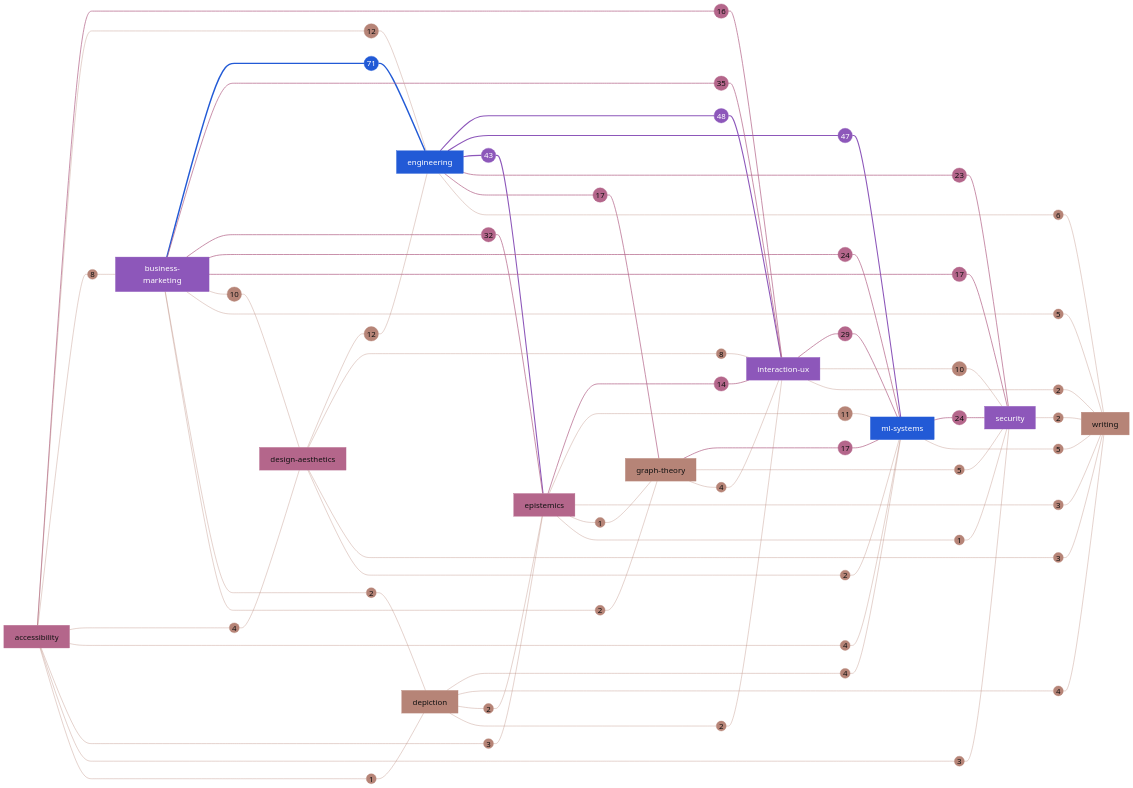
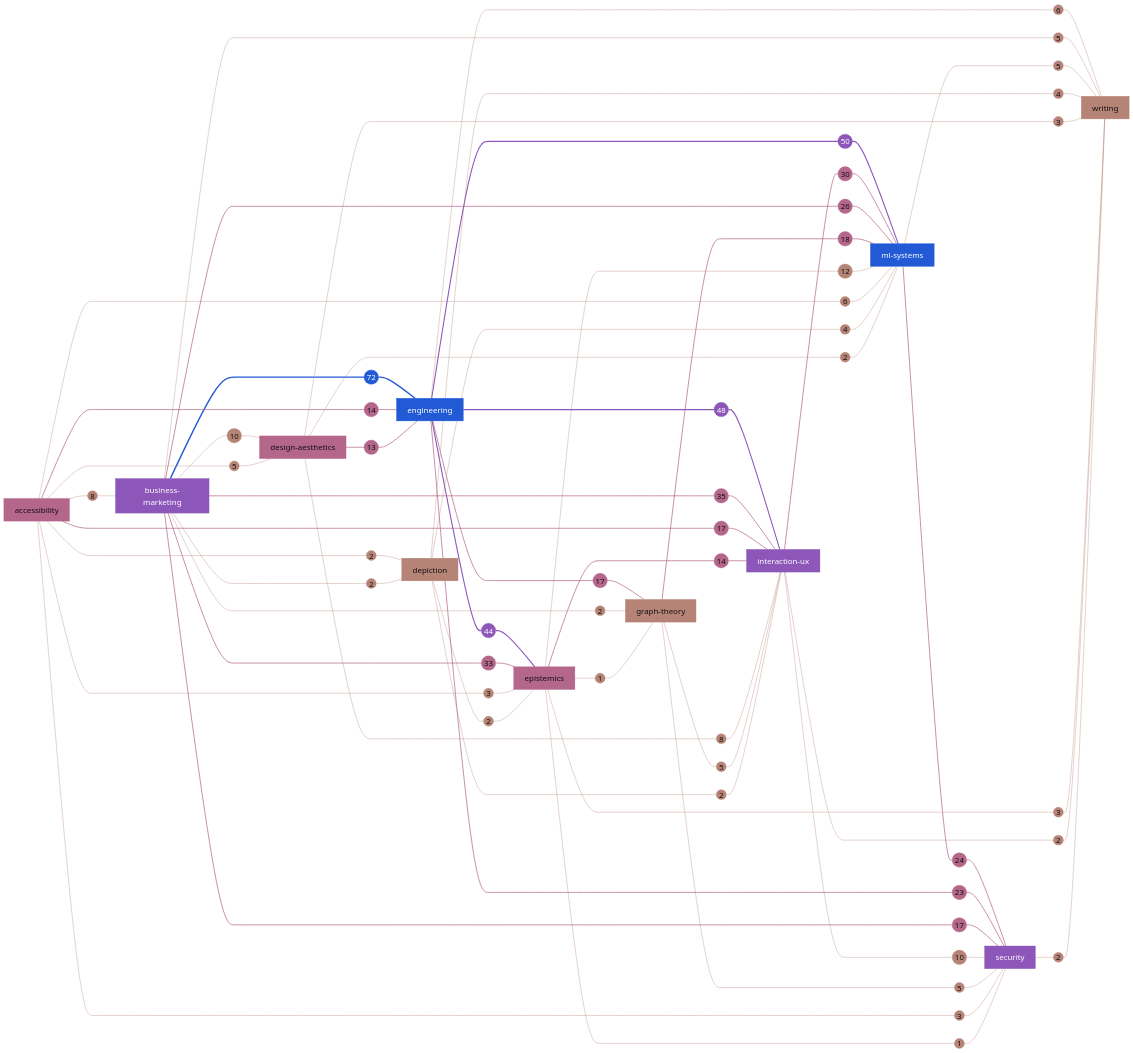
The first of 2 diagrams in GRAPH.md (darce/heuristics-canon), drawn with Mermaid before and after one commit. The commit also changed other lines of this file and 18 other files, not shown here.

````diff
--- a/GRAPH.md
+++ b/GRAPH.md
@@ -35,41 +35,41 @@
   ml_systems["ml-systems"]
   security["security"]
   writing["writing"]
-  business_marketing --- W_business_marketing__engineering((71))
+  business_marketing --- W_business_marketing__engineering((72))
   W_business_marketing__engineering --- engineering
+  engineering --- W_engineering__ml_systems((50))
+  W_engineering__ml_systems --- ml_systems
   engineering --- W_engineering__interaction_ux((48))
   W_engineering__interaction_ux --- interaction_ux
-  engineering --- W_engineering__ml_systems((47))
-  W_engineering__ml_systems --- ml_systems
-  engineering --- W_engineering__epistemics((43))
+  engineering --- W_engineering__epistemics((44))
   W_engineering__epistemics --- epistemics
   business_marketing --- W_business_marketing__interaction_ux((35))
   W_business_marketing__interaction_ux --- interaction_ux
-  business_marketing --- W_business_marketing__epistemics((32))
+  business_marketing --- W_business_marketing__epistemics((33))
   W_business_marketing__epistemics --- epistemics
-  interaction_ux --- W_interaction_ux__ml_systems((29))
+  interaction_ux --- W_interaction_ux__ml_systems((30))
   W_interaction_ux__ml_systems --- ml_systems
-  business_marketing --- W_business_marketing__ml_systems((24))
+  business_marketing --- W_business_marketing__ml_systems((26))
   W_business_marketing__ml_systems --- ml_systems
   ml_systems --- W_ml_systems__security((24))
   W_ml_systems__security --- security
   engineering --- W_engineering__security((23))
   W_engineering__security --- security
+  graph_theory --- W_graph_theory__ml_systems((18))
+  W_graph_theory__ml_systems --- ml_systems
+  accessibility --- W_accessibility__interaction_ux((17))
+  W_accessibility__interaction_ux --- interaction_ux
   business_marketing --- W_business_marketing__security((17))
   W_business_marketing__security --- security
   engineering --- W_engineering__graph_theory((17))
   W_engineering__graph_theory --- graph_theory
-  graph_theory --- W_graph_theory__ml_systems((17))
-  W_graph_theory__ml_systems --- ml_systems
-  accessibility --- W_accessibility__interaction_ux((16))
-  W_accessibility__interaction_ux --- interaction_ux
+  accessibility --- W_accessibility__engineering((14))
+  W_accessibility__engineering --- engineering
   epistemics --- W_epistemics__interaction_ux((14))
   W_epistemics__interaction_ux --- interaction_ux
-  accessibility --- W_accessibility__engineering((12))
-  W_accessibility__engineering --- engineering
-  design_aesthetics --- W_design_aesthetics__engineering((12))
+  design_aesthetics --- W_design_aesthetics__engineering((13))
   W_design_aesthetics__engineering --- engineering
-  epistemics --- W_epistemics__ml_systems((11))
+  epistemics --- W_epistemics__ml_systems((12))
   W_epistemics__ml_systems --- ml_systems
   business_marketing --- W_business_marketing__design_aesthetics((10))
   W_business_marketing__design_aesthetics --- design_aesthetics
@@ -79,24 +79,24 @@
   W_accessibility__business_marketing --- business_marketing
   design_aesthetics --- W_design_aesthetics__interaction_ux((8))
   W_design_aesthetics__interaction_ux --- interaction_ux
+  accessibility --- W_accessibility__ml_systems((6))
+  W_accessibility__ml_systems --- ml_systems
   engineering --- W_engineering__writing((6))
   W_engineering__writing --- writing
+  accessibility --- W_accessibility__design_aesthetics((5))
+  W_accessibility__design_aesthetics --- design_aesthetics
   business_marketing --- W_business_marketing__writing((5))
   W_business_marketing__writing --- writing
+  graph_theory --- W_graph_theory__interaction_ux((5))
+  W_graph_theory__interaction_ux --- interaction_ux
   graph_theory --- W_graph_theory__security((5))
   W_graph_theory__security --- security
   ml_systems --- W_ml_systems__writing((5))
   W_ml_systems__writing --- writing
-  accessibility --- W_accessibility__design_aesthetics((4))
-  W_accessibility__design_aesthetics --- design_aesthetics
-  accessibility --- W_accessibility__ml_systems((4))
-  W_accessibility__ml_systems --- ml_systems
   depiction --- W_depiction__ml_systems((4))
   W_depiction__ml_systems --- ml_systems
   depiction --- W_depiction__writing((4))
   W_depiction__writing --- writing
-  graph_theory --- W_graph_theory__interaction_ux((4))
-  W_graph_theory__interaction_ux --- interaction_ux
   accessibility --- W_accessibility__epistemics((3))
   W_accessibility__epistemics --- epistemics
   accessibility --- W_accessibility__security((3))
@@ -105,6 +105,8 @@
   W_design_aesthetics__writing --- writing
   epistemics --- W_epistemics__writing((3))
   W_epistemics__writing --- writing
+  accessibility --- W_accessibility__depiction((2))
+  W_accessibility__depiction --- depiction
   business_marketing --- W_business_marketing__depiction((2))
   W_business_marketing__depiction --- depiction
   business_marketing --- W_business_marketing__graph_theory((2))
@@ -119,8 +121,6 @@
   W_interaction_ux__writing --- writing
   security --- W_security__writing((2))
   W_security__writing --- writing
-  accessibility --- W_accessibility__depiction((1))
-  W_accessibility__depiction --- depiction
   epistemics --- W_epistemics__graph_theory((1))
   W_epistemics__graph_theory --- graph_theory
   epistemics --- W_epistemics__security((1))
@@ -129,12 +129,12 @@
   classDef seq_1 fill:#B4668B,color:#111111,stroke:#B4668B
   classDef seq_2 fill:#8D57BA,color:#FFFFFF,stroke:#8D57BA
   classDef seq_3 fill:#225AD6,color:#FFFFFF,stroke:#225AD6
-  class depiction,graph_theory,writing,W_accessibility__engineering,W_design_aesthetics__engineering,W_epistemics__ml_systems,W_business_marketing__design_aesthetics,W_interaction_ux__security,W_accessibility__business_marketing,W_design_aesthetics__interaction_ux,W_engineering__writing,W_business_marketing__writing,W_graph_theory__security,W_ml_systems__writing,W_accessibility__design_aesthetics,W_accessibility__ml_systems,W_depiction__ml_systems,W_depiction__writing,W_graph_theory__interaction_ux,W_accessibility__epistemics,W_accessibility__security,W_design_aesthetics__writing,W_epistemics__writing,W_business_marketing__depiction,W_business_marketing__graph_theory,W_depiction__epistemics,W_depiction__interaction_ux,W_design_aesthetics__ml_systems,W_interaction_ux__writing,W_security__writing,W_accessibility__depiction,W_epistemics__graph_theory,W_epistemics__security seq_0
-  class accessibility,design_aesthetics,epistemics,W_business_marketing__interaction_ux,W_business_marketing__epistemics,W_interaction_ux__ml_systems,W_business_marketing__ml_systems,W_ml_systems__security,W_engineering__security,W_business_marketing__security,W_engineering__graph_theory,W_graph_theory__ml_systems,W_accessibility__interaction_ux,W_epistemics__interaction_ux seq_1
-  class business_marketing,interaction_ux,security,W_engineering__interaction_ux,W_engineering__ml_systems,W_engineering__epistemics seq_2
+  class depiction,graph_theory,writing,W_epistemics__ml_systems,W_business_marketing__design_aesthetics,W_interaction_ux__security,W_accessibility__business_marketing,W_design_aesthetics__interaction_ux,W_accessibility__ml_systems,W_engineering__writing,W_accessibility__design_aesthetics,W_business_marketing__writing,W_graph_theory__interaction_ux,W_graph_theory__security,W_ml_systems__writing,W_depiction__ml_systems,W_depiction__writing,W_accessibility__epistemics,W_accessibility__security,W_design_aesthetics__writing,W_epistemics__writing,W_accessibility__depiction,W_business_marketing__depiction,W_business_marketing__graph_theory,W_depiction__epistemics,W_depiction__interaction_ux,W_design_aesthetics__ml_systems,W_interaction_ux__writing,W_security__writing,W_epistemics__graph_theory,W_epistemics__security seq_0
+  class accessibility,design_aesthetics,epistemics,W_business_marketing__interaction_ux,W_business_marketing__epistemics,W_interaction_ux__ml_systems,W_business_marketing__ml_systems,W_ml_systems__security,W_engineering__security,W_graph_theory__ml_systems,W_accessibility__interaction_ux,W_business_marketing__security,W_engineering__graph_theory,W_accessibility__engineering,W_epistemics__interaction_ux,W_design_aesthetics__engineering seq_1
+  class business_marketing,interaction_ux,security,W_engineering__ml_systems,W_engineering__interaction_ux,W_engineering__epistemics seq_2
   class engineering,ml_systems,W_business_marketing__engineering seq_3
   linkStyle 0,1 stroke:#225AD6,stroke-width:4px
   linkStyle 2,3,4,5,6,7 stroke:#8D57BA,stroke-width:3px
-  linkStyle 8,9,10,11,12,13,14,15,16,17,18,19,20,21,22,23,24,25,26,27,28,29 stroke:#B4668B,stroke-width:2px
-  linkStyle 30,31,32,33,34,35,36,37,38,39,40,41,42,43,44,45,46,47,48,49,50,51,52,53,54,55,56,57,58,59,60,61,62,63,64,65,66,67,68,69,70,71,72,73,74,75,76,77,78,79,80,81,82,83,84,85,86,87,88,89 stroke:#B68477,stroke-width:1px
+  linkStyle 8,9,10,11,12,13,14,15,16,17,18,19,20,21,22,23,24,25,26,27,28,29,30,31,32,33 stroke:#B4668B,stroke-width:2px
+  linkStyle 34,35,36,37,38,39,40,41,42,43,44,45,46,47,48,49,50,51,52,53,54,55,56,57,58,59,60,61,62,63,64,65,66,67,68,69,70,71,72,73,74,75,76,77,78,79,80,81,82,83,84,85,86,87,88,89 stroke:#B68477,stroke-width:1px
 ```
````
